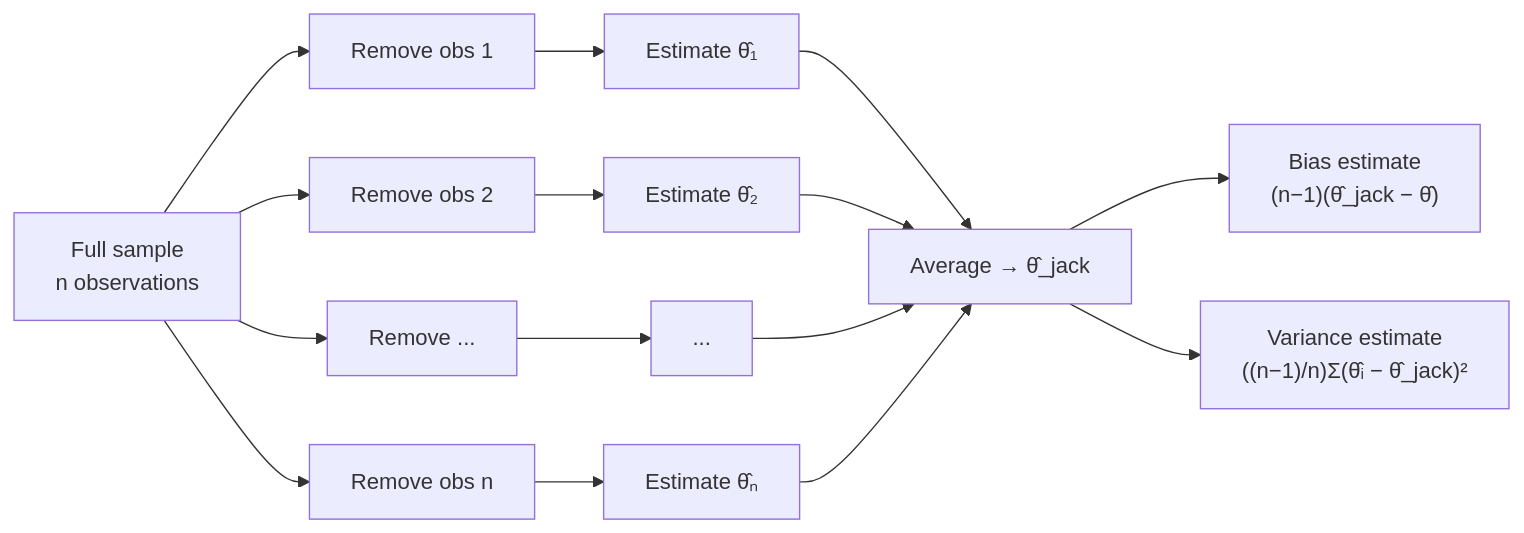
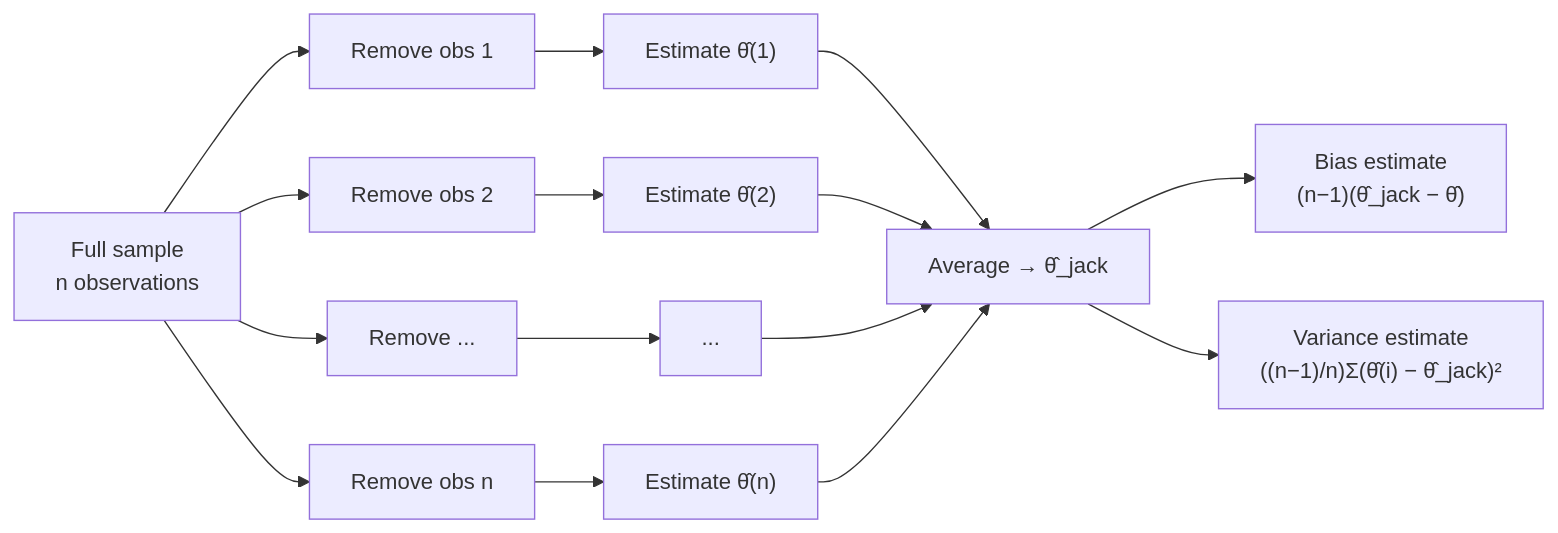
Before and after one commit to wmar-dev/llm-wiki-ads-ranking: the diagram in wiki/synthesis/jackknife-method.md, drawn with Mermaid. The commit also changed other lines of this file, not shown here.

Commit message:
fix: replace Unicode subscripts with parenthetical in jackknife mermaid diagram
Combining circumflex (U+0302) + Unicode subscript characters caused
hat positioning issues in some renderers. Switched to parenthetical
notation θ̂(1), θ̂(2), θ̂(n), θ̂(i) and double-quoted all labels with
special characters for correct mermaid parsing.

````diff
--- a/wiki/synthesis/jackknife-method.md
+++ b/wiki/synthesis/jackknife-method.md
@@ -17,13 +17,13 @@
 ```mermaid
 flowchart LR
-  S[Full sample<br/>n observations] --> L1[Remove obs 1] --> E1[Estimate θ̂₁]
-  S --> L2[Remove obs 2] --> E2[Estimate θ̂₂]
-  S --> L3[Remove ...] --> E3[...]
-  S --> Ln[Remove obs n] --> En[Estimate θ̂ₙ]
-  E1 --> Avg[Average → θ̂_jack]
+  S["Full sample<br/>n observations"] --> L1["Remove obs 1"] --> E1["Estimate θ̂(1)"]
+  S --> L2["Remove obs 2"] --> E2["Estimate θ̂(2)"]
+  S --> L3["Remove ..."] --> E3["..."]
+  S --> Ln["Remove obs n"] --> En["Estimate θ̂(n)"]
+  E1 --> Avg["Average → θ̂_jack"]
   E2 --> Avg
   E3 --> Avg
   En --> Avg
   Avg --> B["Bias estimate<br/>(n−1)(θ̂_jack − θ̂)"]
-  Avg --> V["Variance estimate<br/>((n−1)/n)Σ(θ̂ᵢ − θ̂_jack)²"]
+  Avg --> V["Variance estimate<br/>((n−1)/n)Σ(θ̂(i) − θ̂_jack)²"]
 ```
````
